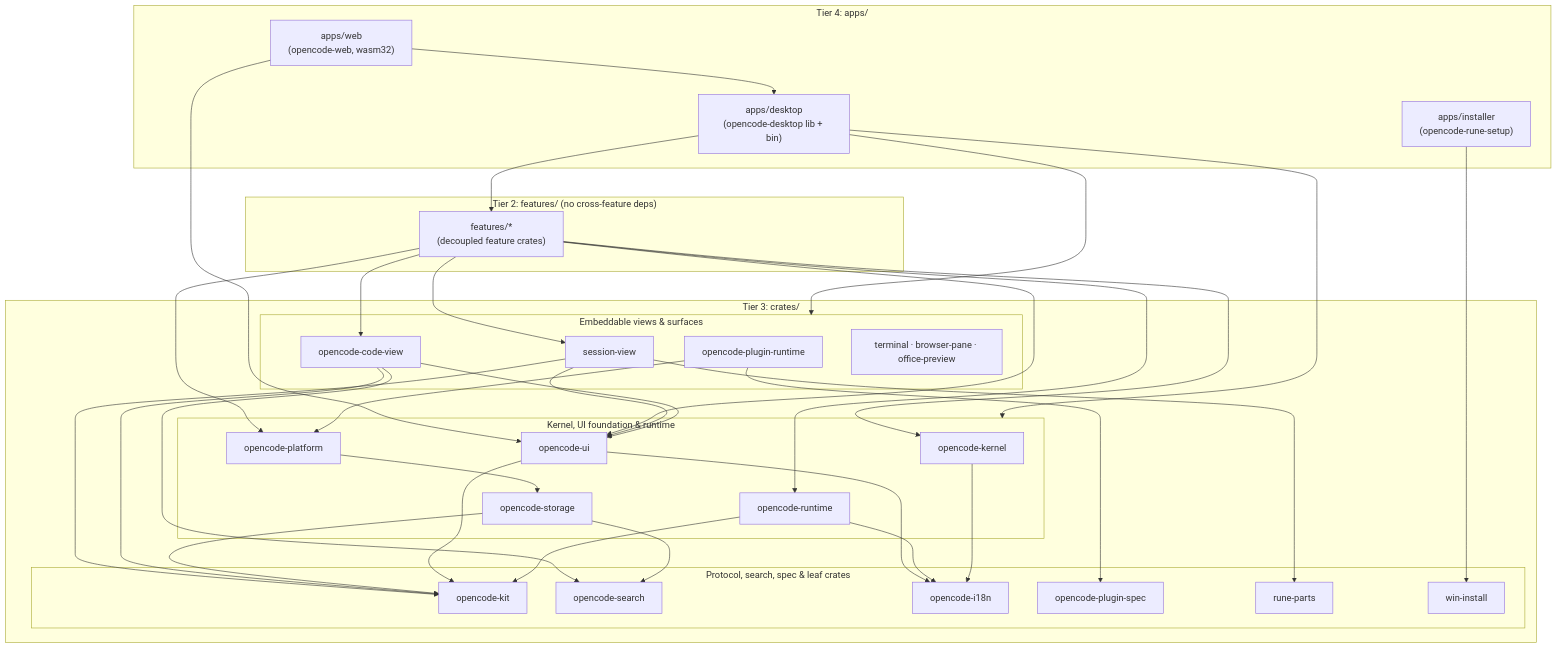
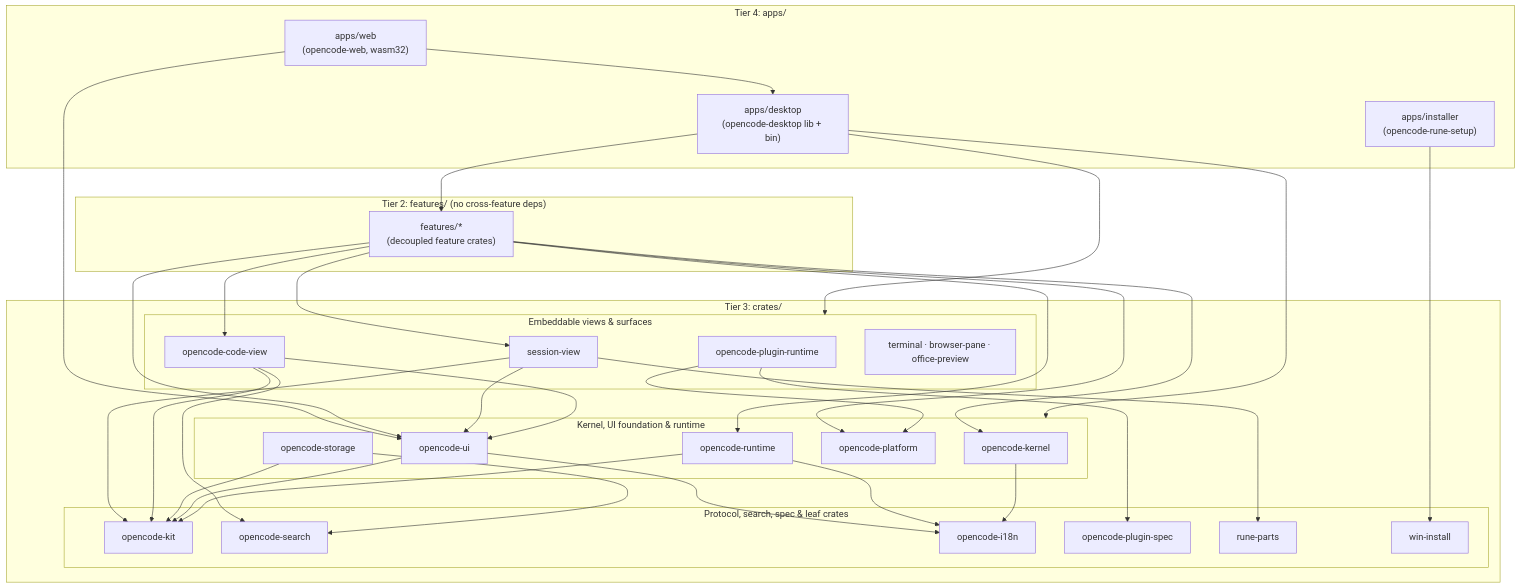
One commit to anomalyco/opencode-desktop changed the diagram in ARCHITECTURE.md. Above: the diagram before and after it, drawn with Mermaid. The commit also changed 8 other files, not shown here.

````diff
--- a/ARCHITECTURE.md
+++ b/ARCHITECTURE.md
@@ -150,67 +150,66 @@
 ```mermaid
 flowchart TB
   subgraph T4["Tier 4: apps/"]
     WEB["apps/web<br/>(opencode-web, wasm32)"]
     DESKTOP["apps/desktop<br/>(opencode-desktop lib + bin)"]
     INSTALLER["apps/installer<br/>(opencode-rune-setup)"]
   end
 
   subgraph T2["Tier 2: features/ (no cross-feature deps)"]
     FEATS["features/*<br/>(decoupled feature crates)"]
   end
 
   subgraph T3["Tier 3: crates/"]
     subgraph T3_TOP["Embeddable views &amp; surfaces"]
       SV["session-view"]
       CV["opencode-code-view"]
       PR["opencode-plugin-runtime"]
       SURF["terminal · browser-pane · office-preview"]
     end
     subgraph T3_MID["Kernel, UI foundation &amp; runtime"]
       KERNEL["opencode-kernel"]
       UI["opencode-ui"]
       RT["opencode-runtime"]
       PLAT["opencode-platform"]
       STOR["opencode-storage"]
     end
     subgraph T3_BASE["Protocol, search, spec &amp; leaf crates"]
       KIT["opencode-kit"]
       SEARCH["opencode-search"]
       I18N["opencode-i18n"]
       SPEC["opencode-plugin-spec"]
       PARTS["rune-parts"]
       WIN["win-install"]
     end
   end
 
   WEB --> DESKTOP
   WEB --> UI
   DESKTOP --> FEATS
   DESKTOP --> T3_TOP
   DESKTOP --> T3_MID
   INSTALLER --> WIN
 
   FEATS --> KERNEL
   FEATS --> UI
   FEATS --> RT
   FEATS --> PLAT
   FEATS --> SV
   FEATS --> CV
 
   SV --> UI
   SV --> PARTS
   SV --> KIT
   CV --> UI
   CV --> SEARCH
   CV --> KIT
   PR --> PLAT
   PR --> SPEC
-  PLAT --> STOR
   STOR --> KIT
   STOR --> SEARCH
   UI --> KIT
   UI --> I18N
   RT --> KIT
   RT --> I18N
   KERNEL --> I18N
 ```
````
